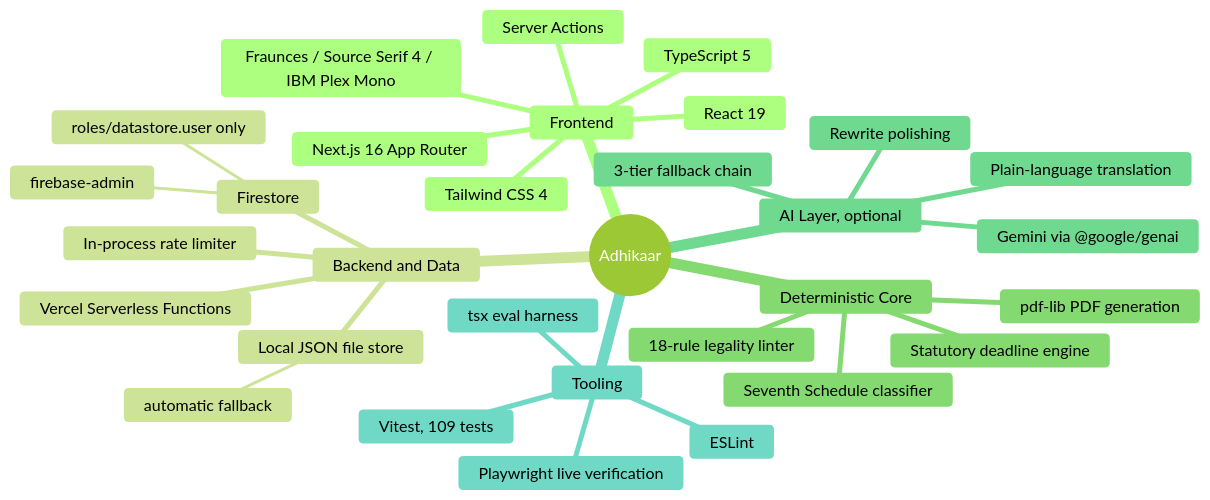
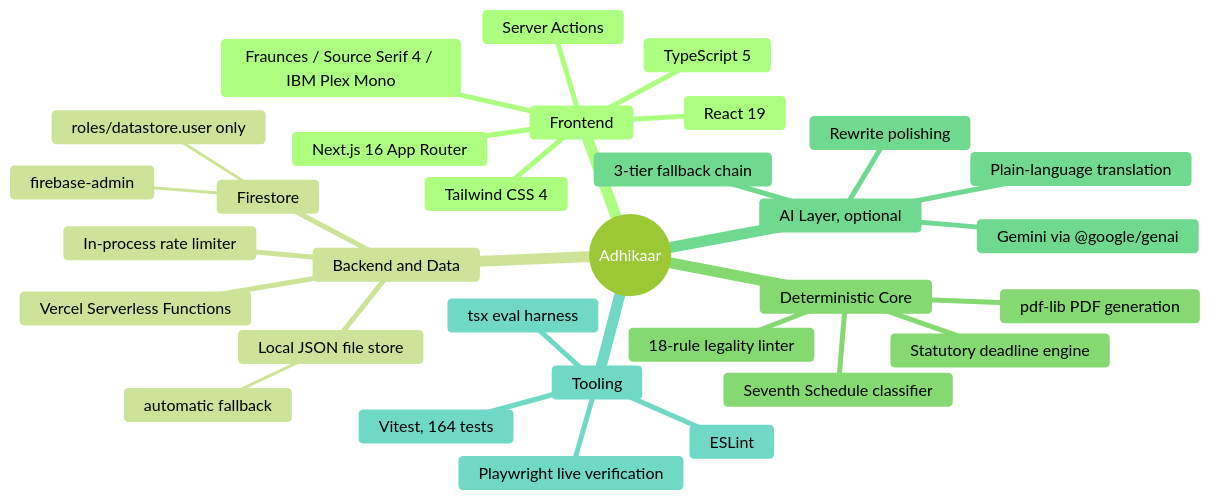
The first of 3 diagrams in README.md (harshkawatra11/Adhikaar-OOSC), drawn with Mermaid (forest theme) before and after one commit. The commit also changed other lines of this file and 7 other files, not shown here.

````diff
--- a/README.md
+++ b/README.md
@@ -45,34 +59,34 @@
 ```mermaid
 mindmap
   root((Adhikaar))
     Frontend
       Next.js 16 App Router
       React 19
       TypeScript 5
       Tailwind CSS 4
       Server Actions
       Fraunces / Source Serif 4 / IBM Plex Mono
     Backend and Data
       Firestore
         firebase-admin
         roles/datastore.user only
       Local JSON file store
         automatic fallback
       In-process rate limiter
       Vercel Serverless Functions
     Deterministic Core
       Seventh Schedule classifier
       18-rule legality linter
       Statutory deadline engine
       pdf-lib PDF generation
     AI Layer, optional
       Gemini via @google/genai
       3-tier fallback chain
       Plain-language translation
       Rewrite polishing
     Tooling
-      Vitest, 109 tests
+      Vitest, 164 tests
       ESLint
       tsx eval harness
       Playwright live verification
 ```
````
